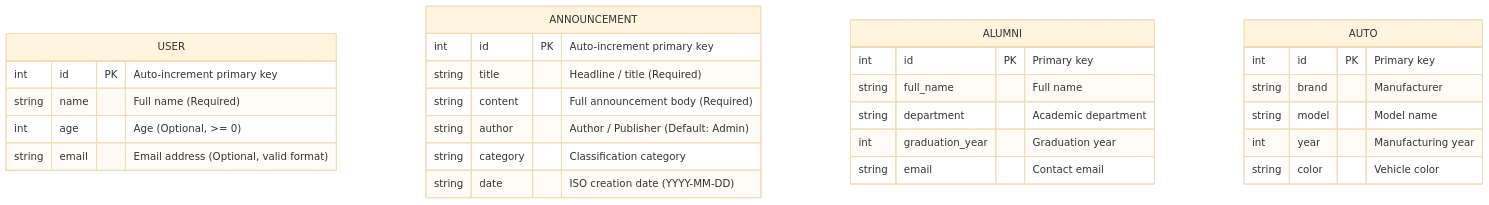
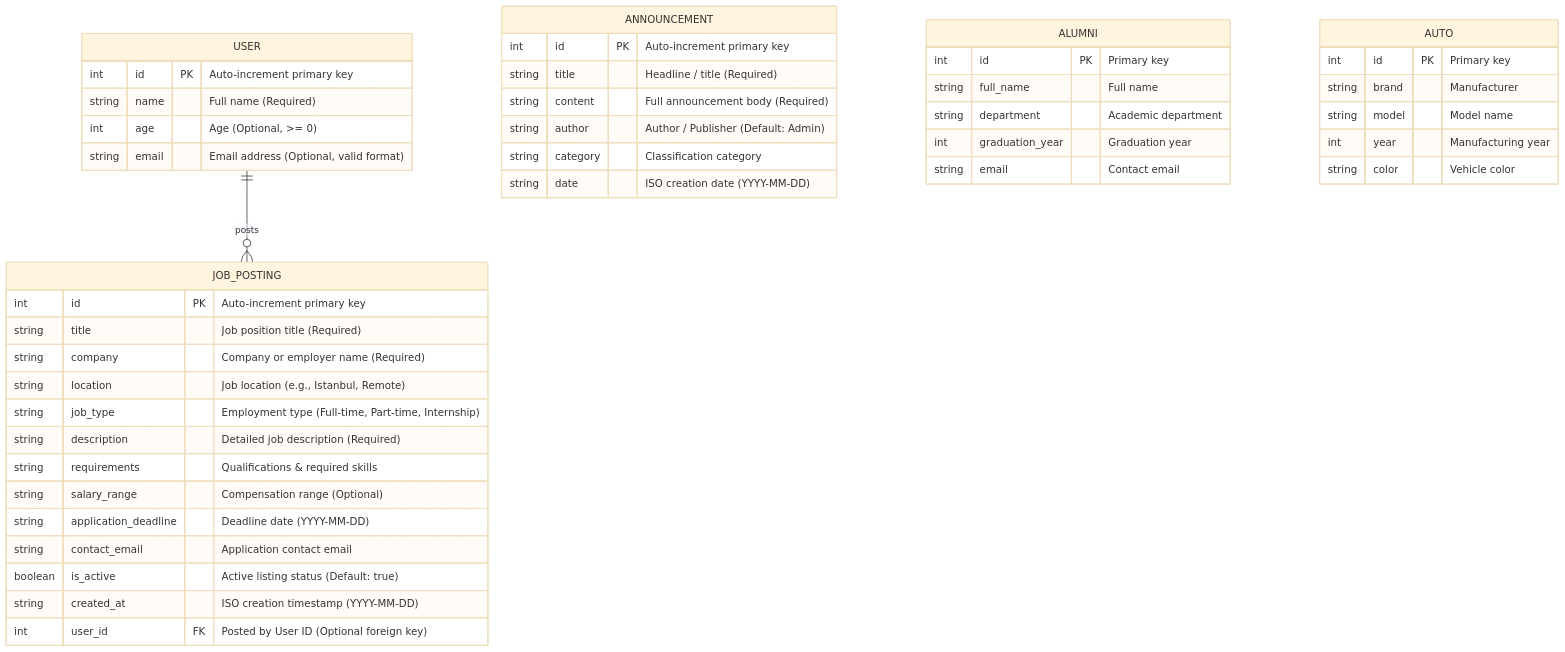
One commit to zsudedogan/Alumni changed the diagram in ddd.md. Above: the diagram before and after it, drawn with Mermaid (base theme). The commit also changed other lines of this file and 1 other file, not shown here.

Commit message:
docs(ddd): add job_postings entity, ERD, schema dictionary, and CRUD operations to ddd.md

````diff
--- a/ddd.md
+++ b/ddd.md
@@ -67,34 +67,52 @@
 ```mermaid
 erDiagram
     USER {
         int id PK "Auto-increment primary key"
         string name "Full name (Required)"
         int age "Age (Optional, >= 0)"
         string email "Email address (Optional, valid format)"
     }
 
     ANNOUNCEMENT {
         int id PK "Auto-increment primary key"
         string title "Headline / title (Required)"
         string content "Full announcement body (Required)"
         string author "Author / Publisher (Default: Admin)"
         string category "Classification category"
         string date "ISO creation date (YYYY-MM-DD)"
     }
 
+    JOB_POSTING {
+        int id PK "Auto-increment primary key"
+        string title "Job position title (Required)"
+        string company "Company or employer name (Required)"
+        string location "Job location (e.g., Istanbul, Remote)"
+        string job_type "Employment type (Full-time, Part-time, Internship)"
+        string description "Detailed job description (Required)"
+        string requirements "Qualifications & required skills"
+        string salary_range "Compensation range (Optional)"
+        string application_deadline "Deadline date (YYYY-MM-DD)"
+        string contact_email "Application contact email"
+        boolean is_active "Active listing status (Default: true)"
+        string created_at "ISO creation timestamp (YYYY-MM-DD)"
+        int user_id FK "Posted by User ID (Optional foreign key)"
+    }
+
+    USER ||--o{ JOB_POSTING : "posts"
+
     ALUMNI {
         int id PK "Primary key"
         string full_name "Full name"
         string department "Academic department"
         int graduation_year "Graduation year"
         string email "Contact email"
     }
 
     AUTO {
         int id PK "Primary key"
         string brand "Manufacturer"
         string model "Model name"
         int year "Manufacturing year"
         string color "Vehicle color"
     }
 ```
````
